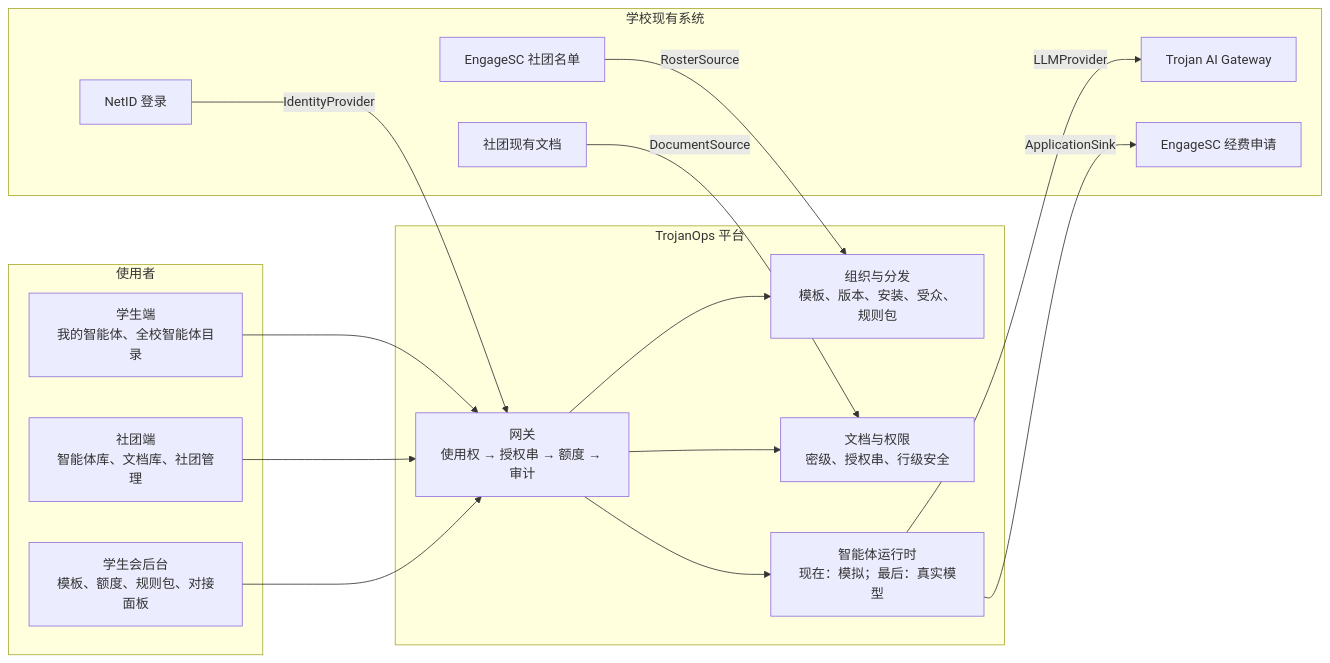
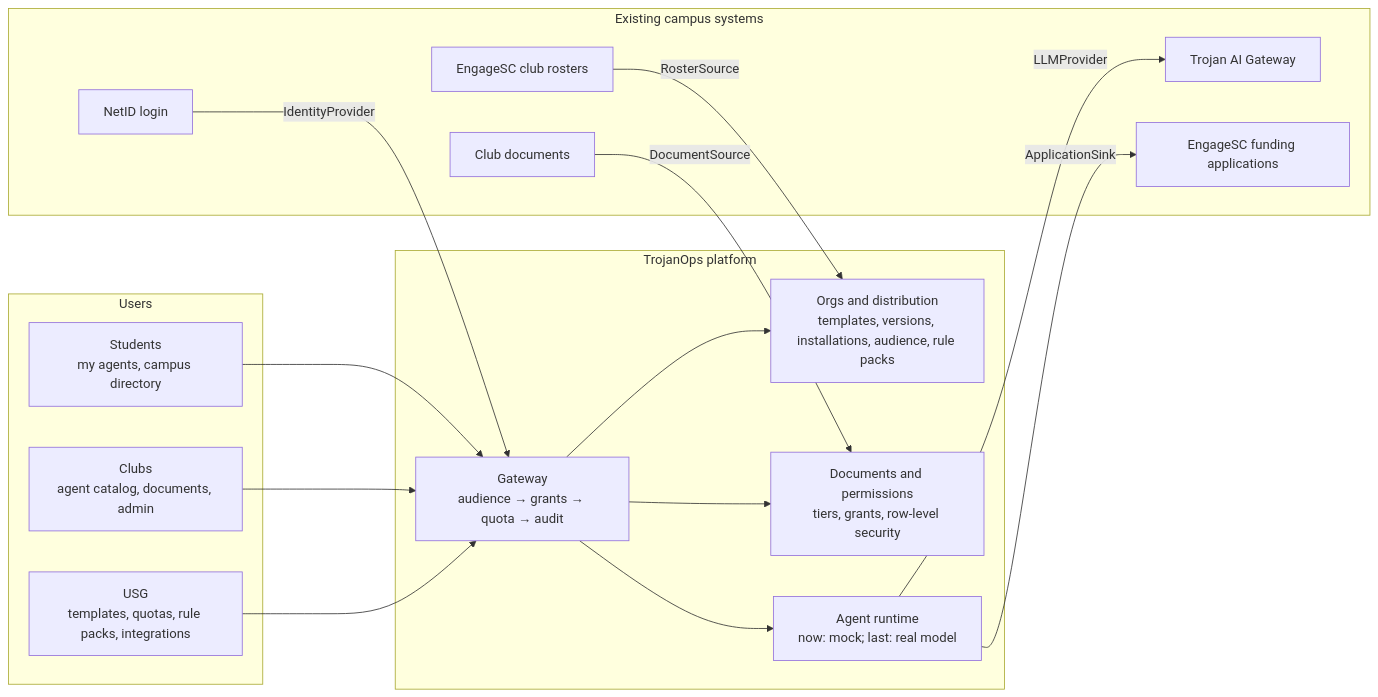
One commit to JingmingYangJimmy/trojanOps changed the diagram in README.md. Above: the diagram before and after it, drawn with Mermaid. The commit also changed other lines of this file, not shown here.

````diff
--- a/README.md
+++ b/README.md
@@ -15,35 +44,35 @@
 ```mermaid
 flowchart LR
-  subgraph users["使用者"]
-    student["学生端<br/>我的智能体、全校智能体目录"]
-    club["社团端<br/>智能体库、文档库、社团管理"]
-    usg["学生会后台<br/>模板、额度、规则包、对接面板"]
+  subgraph users["Users"]
+    student["Students<br/>my agents, campus directory"]
+    club["Clubs<br/>agent catalog, documents, admin"]
+    usg["USG<br/>templates, quotas, rule packs, integrations"]
   end
 
-  subgraph platform["TrojanOps 平台"]
-    gw["网关<br/>使用权 → 授权串 → 额度 → 审计"]
-    dist["组织与分发<br/>模板、版本、安装、受众、规则包"]
-    perm["文档与权限<br/>密级、授权串、行级安全"]
-    rt["智能体运行时<br/>现在：模拟；最后：真实模型"]
+  subgraph platform["TrojanOps platform"]
+    gw["Gateway<br/>audience → grants → quota → audit"]
+    dist["Orgs and distribution<br/>templates, versions, installations, audience, rule packs"]
+    perm["Documents and permissions<br/>tiers, grants, row-level security"]
+    rt["Agent runtime<br/>now: mock; last: real model"]
   end
 
-  subgraph school["学校现有系统"]
-    netid["NetID 登录"]
-    roster["EngageSC 社团名单"]
-    files["社团现有文档"]
+  subgraph school["Existing campus systems"]
+    netid["NetID login"]
+    roster["EngageSC club rosters"]
+    files["Club documents"]
     tag["Trojan AI Gateway"]
-    apps["EngageSC 经费申请"]
+    apps["EngageSC funding applications"]
   end
 
   student --> gw
   club --> gw
   usg --> gw
   gw --> dist
   gw --> perm
   gw --> rt
   netid -- IdentityProvider --> gw
   roster -- RosterSource --> dist
   files -- DocumentSource --> perm
   rt -- LLMProvider --> tag
   rt -- ApplicationSink --> apps
 ```
````
